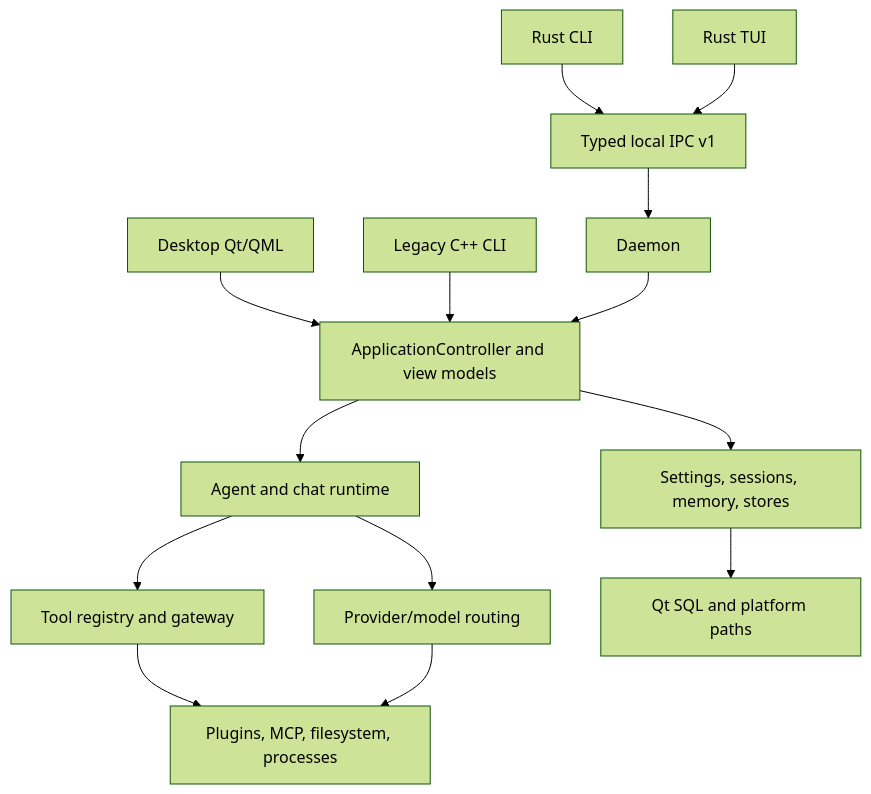
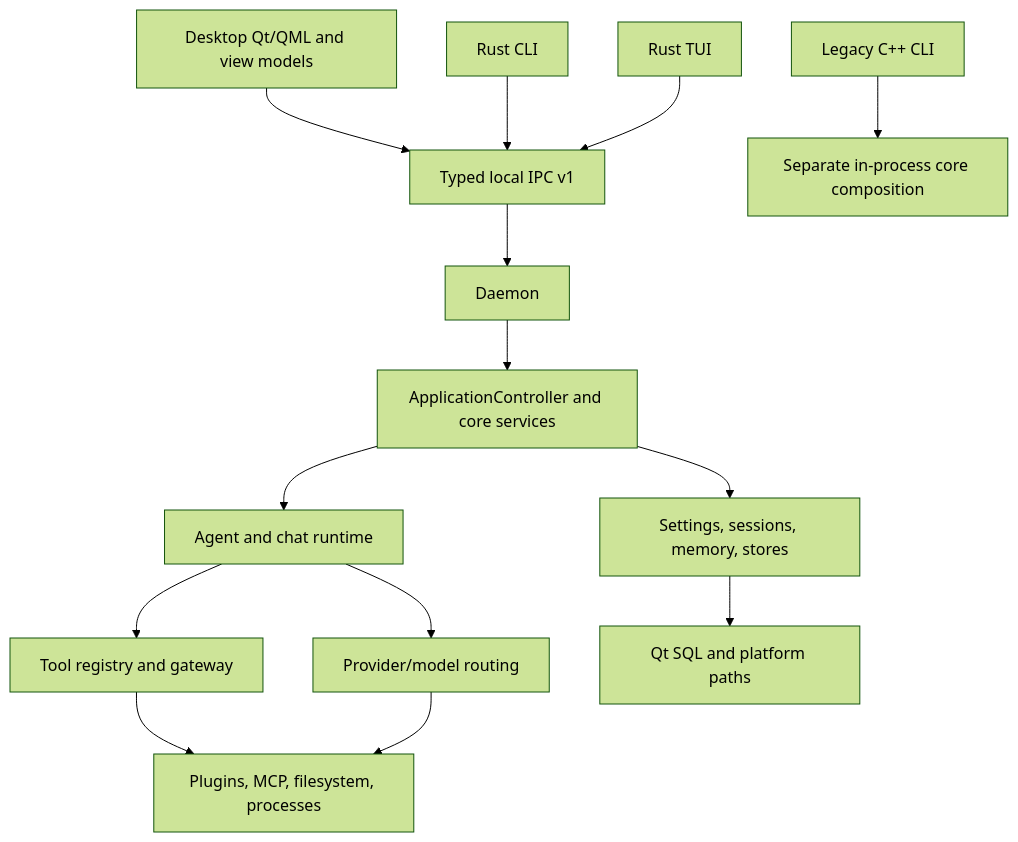
One commit to Sopwit/Sentinel changed the diagram in docs/development/ARCHITECTURE.md. Above: the diagram before and after it, drawn with Mermaid (forest theme). The commit also changed other lines of this file and 11 other files, not shown here.

First line of the commit message:
docs: reconcile architecture and capability statements with implemented behavior

````diff
--- a/docs/development/ARCHITECTURE.md
+++ b/docs/development/ARCHITECTURE.md
@@ -5,16 +5,17 @@
 ```mermaid
 flowchart TD
-  D[Desktop Qt/QML] --> A[ApplicationController and view models]
-  C[Legacy C++ CLI] --> A
-  RC[Rust CLI] --> IPC[Typed local IPC v1]
+  D[Desktop Qt/QML and view models] --> IPC[Typed local IPC v1]
+  A[ApplicationController and core services]
+  C[Legacy C++ CLI] --> LC[Separate in-process core composition]
+  RC[Rust CLI] --> IPC
   RT[Rust TUI] --> IPC
   IPC --> N
   N[Daemon] --> A
   A --> R[Agent and chat runtime]
   R --> T[Tool registry and gateway]
   R --> P[Provider/model routing]
   A --> S[Settings, sessions, memory, stores]
   T --> X[Plugins, MCP, filesystem, processes]
   P --> X
   S --> O[Qt SQL and platform paths]
 ```
````
